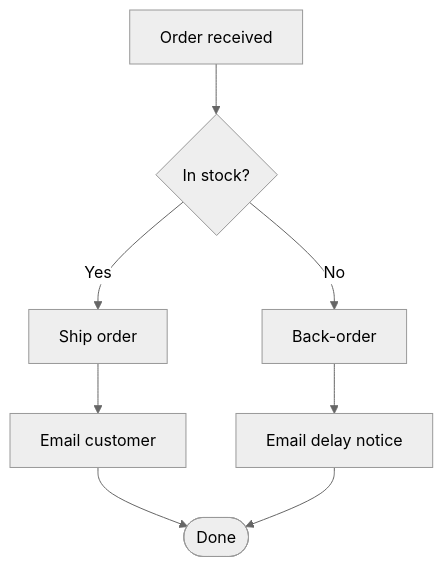
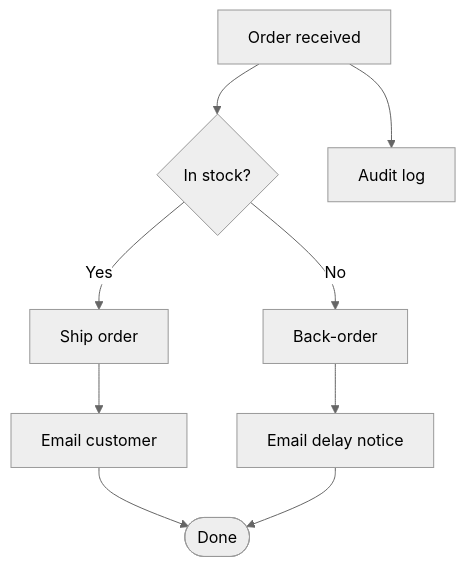
Before and after one commit to muirjc/arch_as_code: the diagram in architecture/diagrams/sample-order-flow/sample-order-flow.canvas.mmd, drawn with Mermaid (neutral theme). The commit also changed 4 other files, not shown here.

First line of the commit message:
Submit "Sample Order Flow" (version 5) from Canvas

```diff
--- a/architecture/diagrams/sample-order-flow/sample-order-flow.canvas.mmd
+++ b/architecture/diagrams/sample-order-flow/sample-order-flow.canvas.mmd
@@ -1,8 +1,9 @@
 flowchart TD
   order[Order received] --> check{In stock?}
   check -->|Yes| ship[Ship order]
   check -->|No| backorder[Back-order]
   ship --> notify[Email customer]
   backorder --> notifyDelay[Email delay notice]
   notify --> done([Done])
   notifyDelay --> done
+  order --> audit[Audit log]
```
